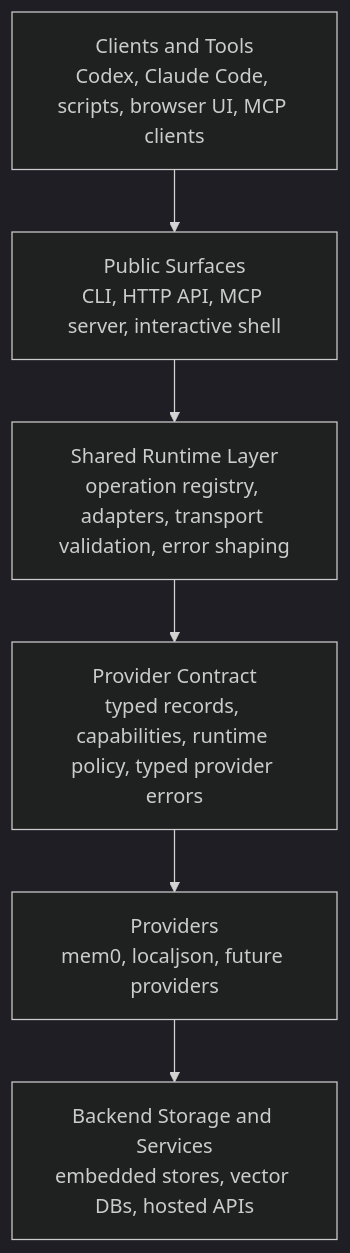
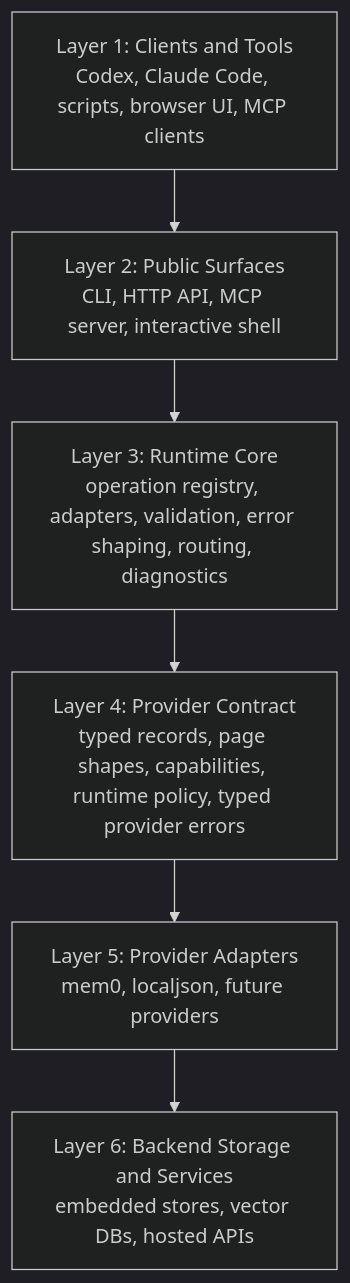
One commit to AndrewMoryakov/AgentMemory changed the diagram in docs/ARCHITECTURE.md. Above: the diagram before and after it, drawn with Mermaid (dark theme). The commit also changed other lines of this file and 42 other files, not shown here.

Commit message:
Harden runtime contracts and registry flows

````diff
--- a/docs/ARCHITECTURE.md
+++ b/docs/ARCHITECTURE.md
@@ -7,8 +11,8 @@
 ```mermaid
 flowchart TD
-    A["Clients and Tools<br/>Codex, Claude Code, scripts, browser UI, MCP clients"] --> B["Public Surfaces<br/>CLI, HTTP API, MCP server, interactive shell"]
-    B --> C["Shared Runtime Layer<br/>operation registry, adapters, transport validation, error shaping"]
-    C --> D["Provider Contract<br/>typed records, capabilities, runtime policy, typed provider errors"]
-    D --> E["Providers<br/>mem0, localjson, future providers"]
-    E --> F["Backend Storage and Services<br/>embedded stores, vector DBs, hosted APIs"]
+    A["Layer 1: Clients and Tools<br/>Codex, Claude Code, scripts, browser UI, MCP clients"] --> B["Layer 2: Public Surfaces<br/>CLI, HTTP API, MCP server, interactive shell"]
+    B --> C["Layer 3: Runtime Core<br/>operation registry, adapters, validation, error shaping, routing, diagnostics"]
+    C --> D["Layer 4: Provider Contract<br/>typed records, page shapes, capabilities, runtime policy, typed provider errors"]
+    D --> E["Layer 5: Provider Adapters<br/>mem0, localjson, future providers"]
+    E --> F["Layer 6: Backend Storage and Services<br/>embedded stores, vector DBs, hosted APIs"]
 ```
````
